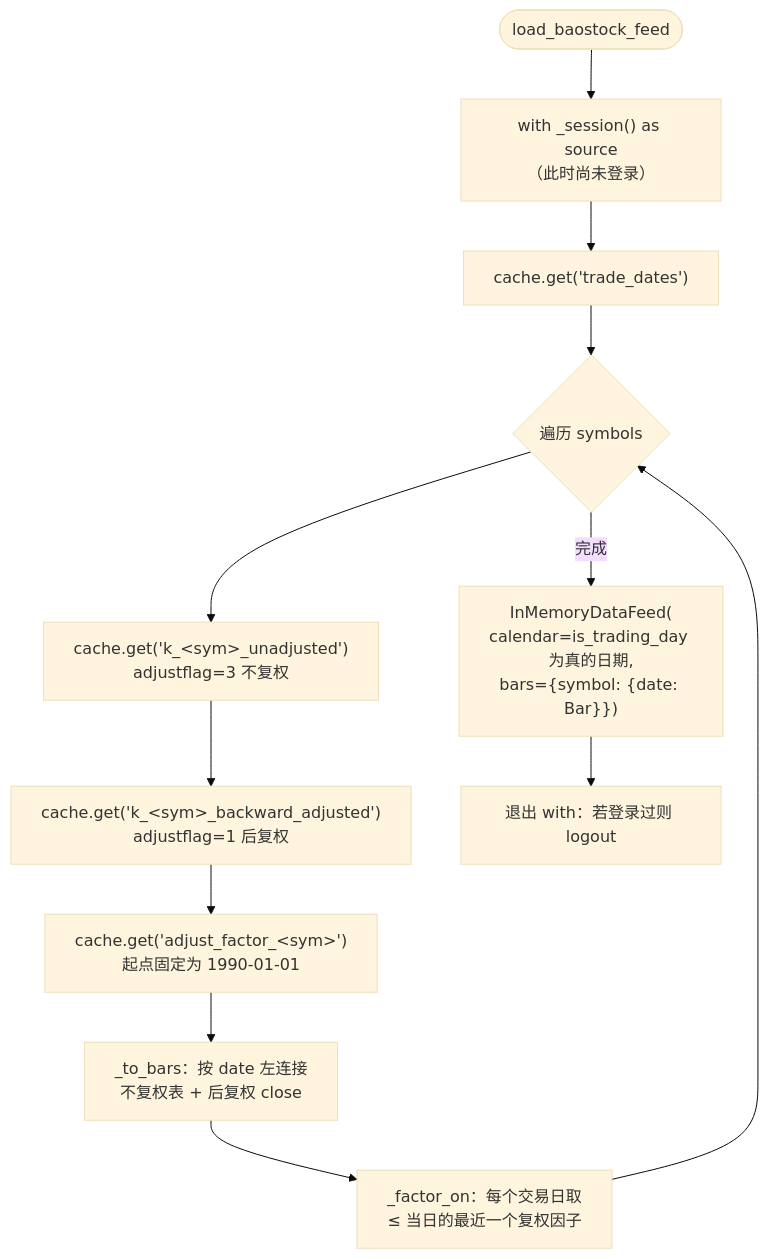
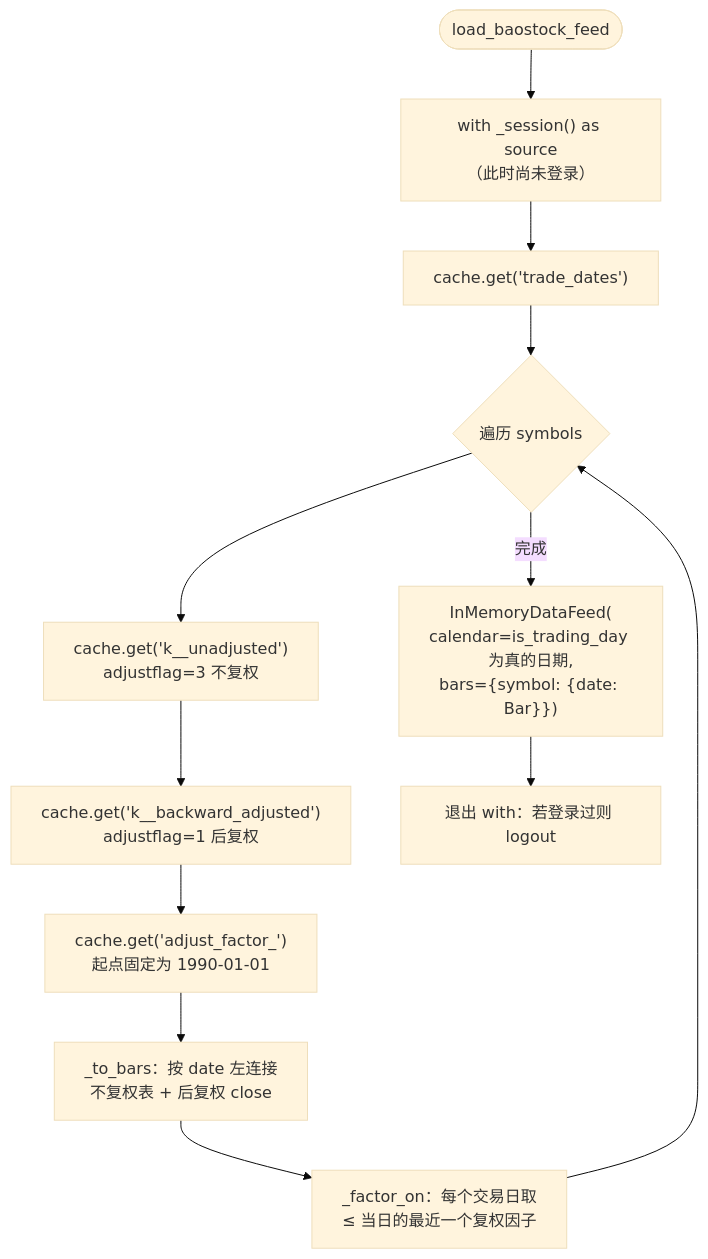
One commit to guevara12345/quant changed the tenth of 27 diagrams in docs/code-walkthrough.md. Above: the diagram before and after it, drawn with Mermaid (base theme). The commit also changed other lines of this file and 2 other files, not shown here.

````diff
--- a/docs/code-walkthrough.md
+++ b/docs/code-walkthrough.md
@@ -635,14 +635,14 @@
 ```mermaid
 flowchart TD
     Start([load_baostock_feed]) --> Sess["with _session() as source<br/>（此时尚未登录）"]
     Sess --> Cal["cache.get('trade_dates')"]
     Cal --> Loop{遍历 symbols}
-    Loop --> K1["cache.get('k_&lt;sym&gt;_unadjusted')<br/>adjustflag=3 不复权"]
-    K1 --> K2["cache.get('k_&lt;sym&gt;_backward_adjusted')<br/>adjustflag=1 后复权"]
-    K2 --> AF["cache.get('adjust_factor_&lt;sym&gt;')<br/>起点固定为 1990-01-01"]
+    Loop --> K1["cache.get('k_<sym>_unadjusted')<br/>adjustflag=3 不复权"]
+    K1 --> K2["cache.get('k_<sym>_backward_adjusted')<br/>adjustflag=1 后复权"]
+    K2 --> AF["cache.get('adjust_factor_<sym>')<br/>起点固定为 1990-01-01"]
     AF --> TB["_to_bars：按 date 左连接<br/>不复权表 + 后复权 close"]
     TB --> FF["_factor_on：每个交易日取<br/>≤ 当日的最近一个复权因子"]
     FF --> Loop
     Loop -->|完成| Out["InMemoryDataFeed(<br/>calendar=is_trading_day 为真的日期,<br/>bars={symbol: {date: Bar}})"]
     Out --> Close["退出 with：若登录过则 logout"]
 ```
````
